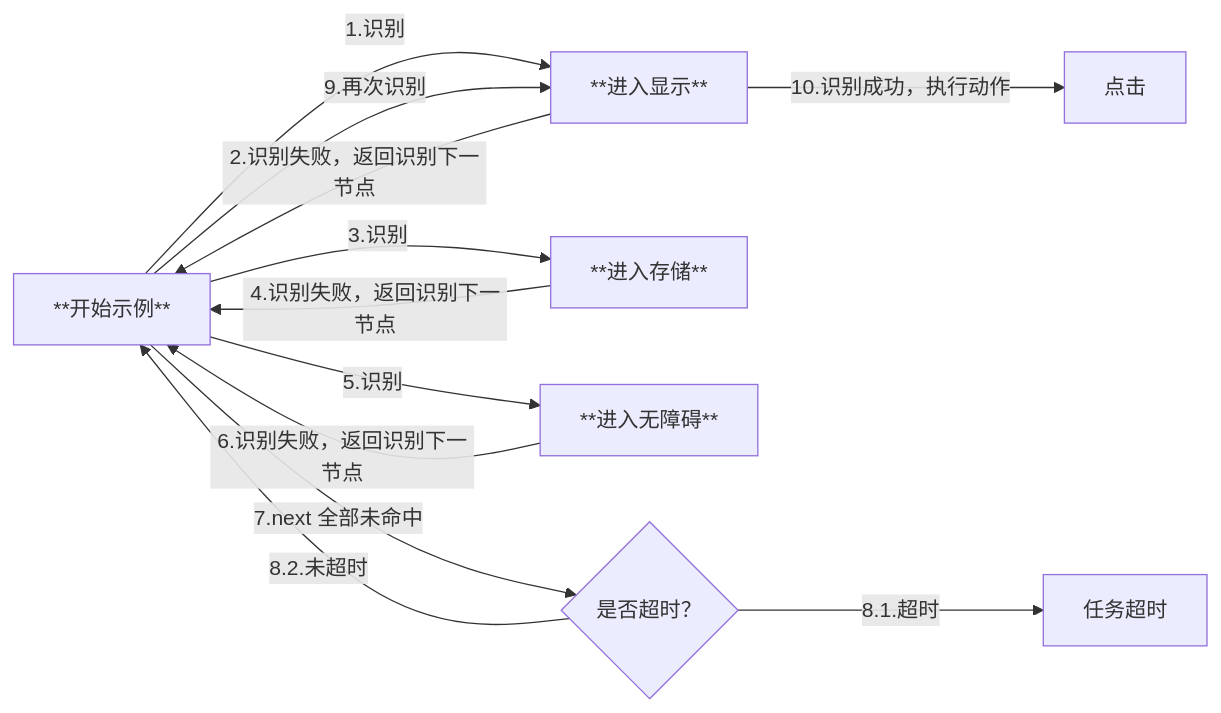
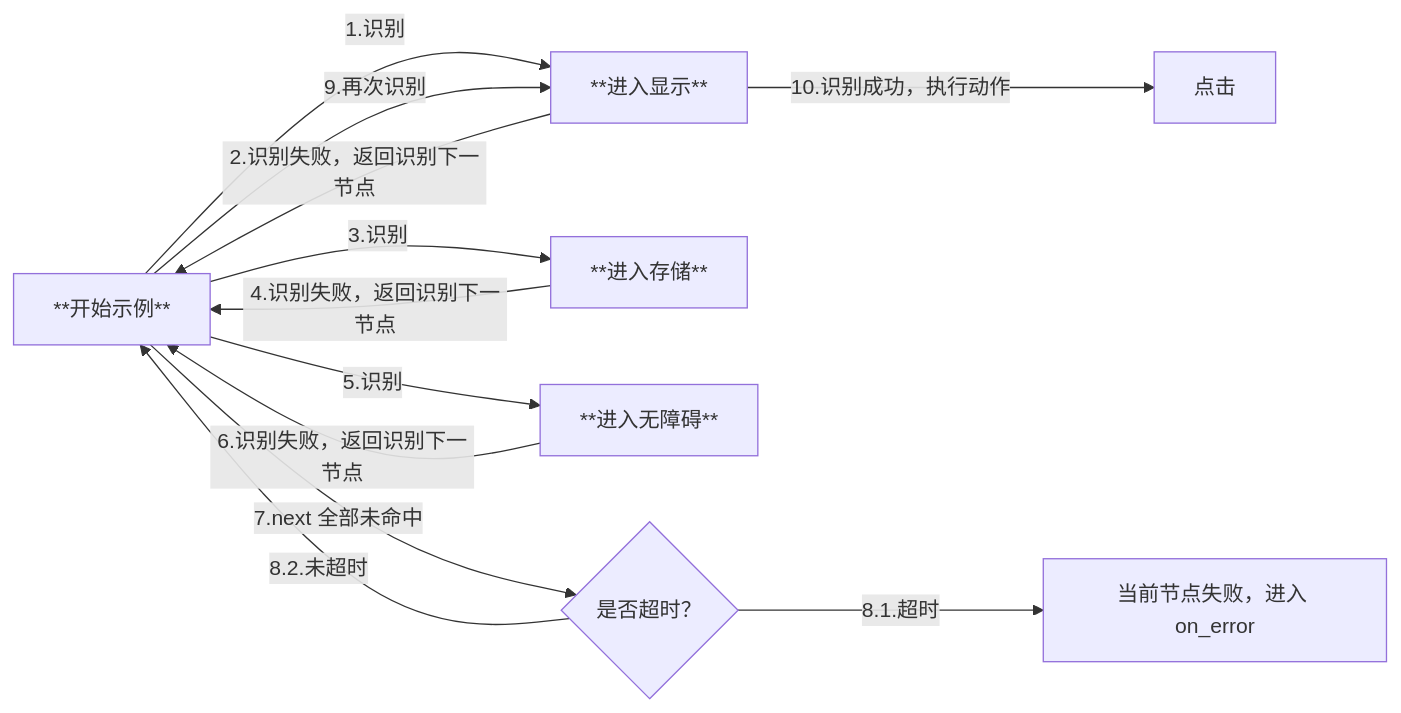
The third of 4 diagrams in dev/instructions/maafw-guide/3.1-任务流水线协议.md (kqcoxn/MaaDuDuL), drawn with Mermaid before and after one commit. The commit also changed other lines of this file and 7 other files, not shown here.

````diff
--- a/dev/instructions/maafw-guide/3.1-任务流水线协议.md
+++ b/dev/instructions/maafw-guide/3.1-任务流水线协议.md
@@ -117,14 +144,14 @@
 ```mermaid
     graph LR
         A[**开始示例**] -->|1.识别| B[**进入显示**]
         B -->|2.识别失败，返回识别下一节点| A
         A -->|3.识别| Y[**进入存储**]
         Y -->|4.识别失败，返回识别下一节点| A
         A -->|5.识别| Z[**进入无障碍**]
         Z -->|6.识别失败，返回识别下一节点| A
         A -->|7.next 全部未命中|E{是否超时？}
-        E -->|8.1.超时| ZA[任务超时]
+        E -->|8.1.超时| ZA[当前节点失败，进入 on_error]
         E -->|8.2.未超时| A
         A -->|9.再次识别| B
         B -->|10.识别成功，执行动作| F[点击]
 ```
````
